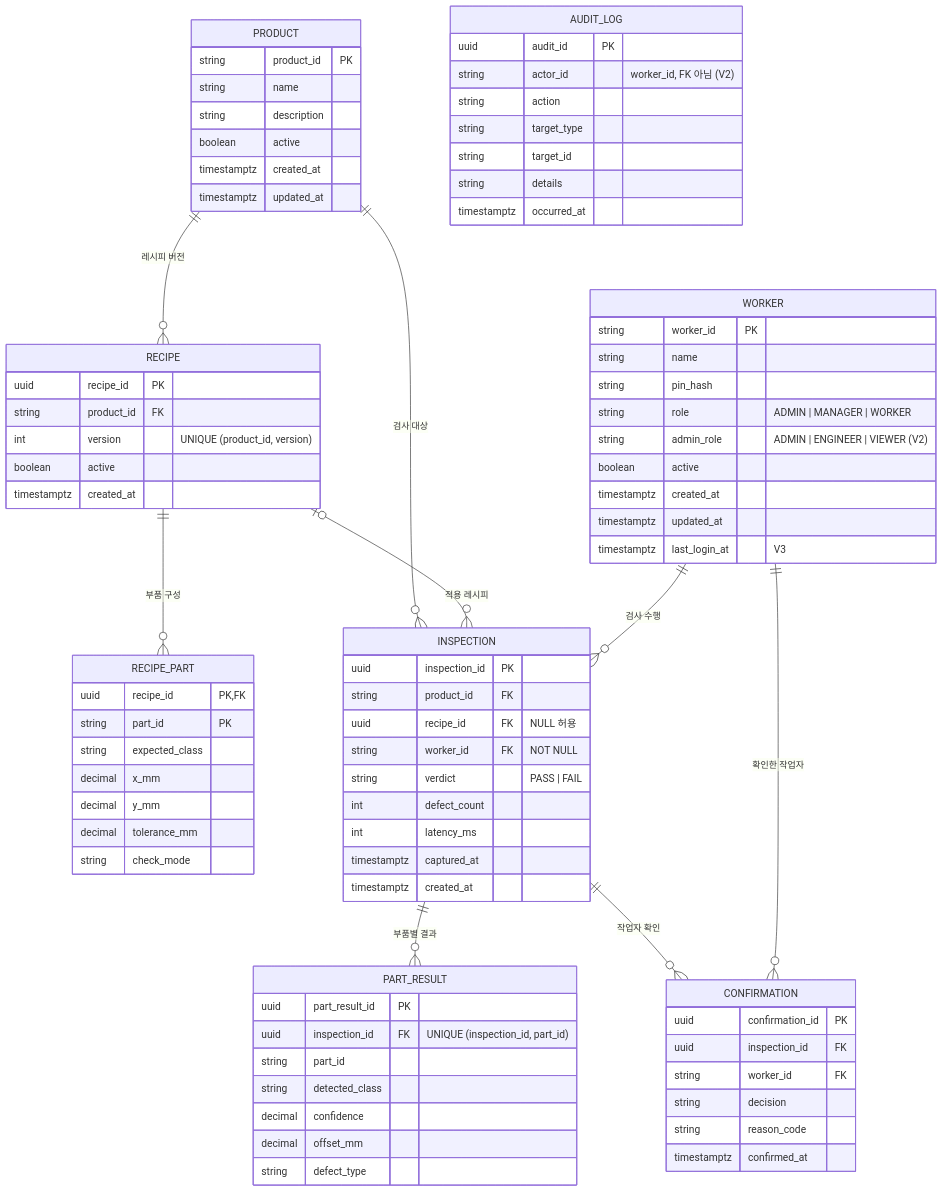
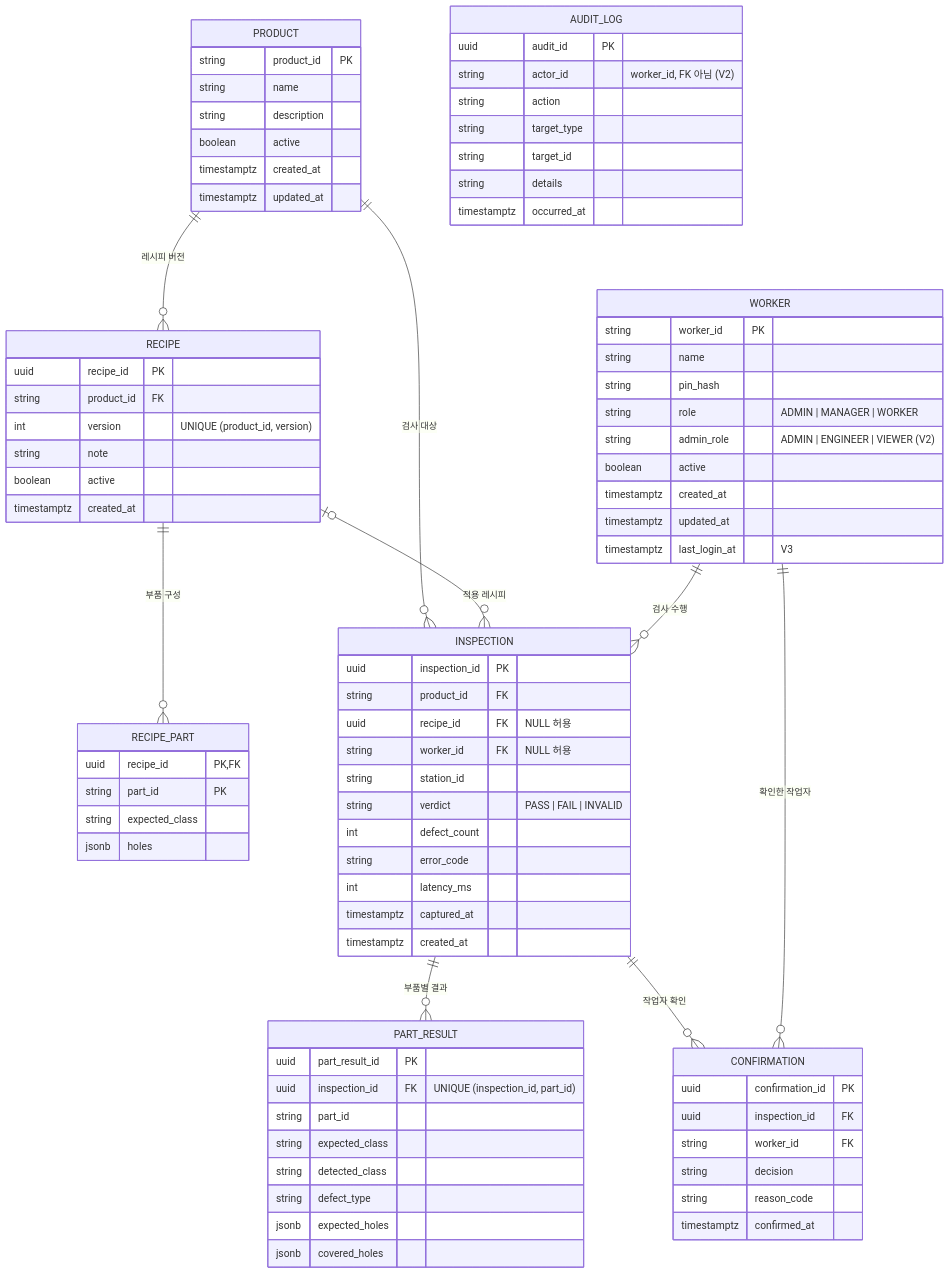
The third of 3 diagrams in README.md (JIWOO1127/pcb-aoi-station), drawn with Mermaid before and after one commit. The commit also changed other lines of this file and 18 other files, not shown here.

```diff
--- a/README.md
+++ b/README.md
@@ -142,6 +142,7 @@
         uuid recipe_id PK
         string product_id FK
         int version "UNIQUE (product_id, version)"
+        string note
         boolean active
         timestamptz created_at
     }
@@ -149,10 +150,7 @@
         uuid recipe_id PK, FK
         string part_id PK
         string expected_class
-        decimal x_mm
-        decimal y_mm
-        decimal tolerance_mm
-        string check_mode
+        jsonb holes
     }
     WORKER {
         string worker_id PK
@@ -169,9 +167,11 @@
         uuid inspection_id PK
         string product_id FK
         uuid recipe_id FK "NULL 허용"
-        string worker_id FK "NOT NULL"
-        string verdict "PASS | FAIL"
+        string worker_id FK "NULL 허용"
+        string station_id
+        string verdict "PASS | FAIL | INVALID"
         int defect_count
+        string error_code
         int latency_ms
         timestamptz captured_at
         timestamptz created_at
@@ -180,10 +180,11 @@
         uuid part_result_id PK
         uuid inspection_id FK "UNIQUE (inspection_id, part_id)"
         string part_id
+        string expected_class
         string detected_class
-        decimal confidence
-        decimal offset_mm
         string defect_type
+        jsonb expected_holes
+        jsonb covered_holes
     }
     CONFIRMATION {
         uuid confirmation_id PK
```
